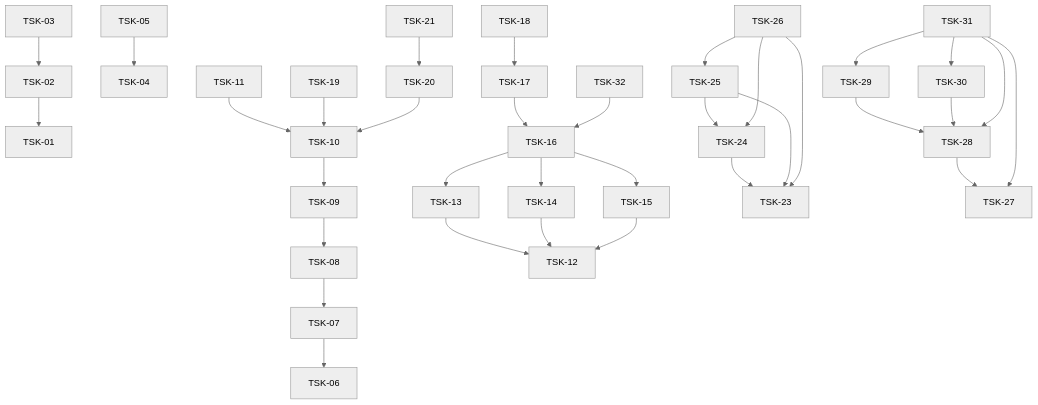
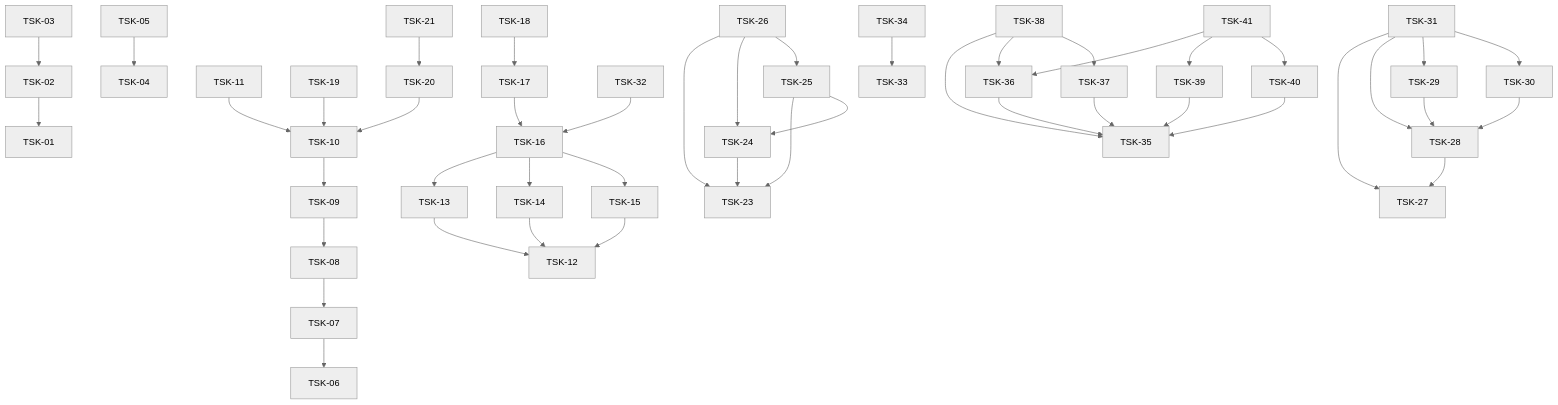
One commit to RubaXa/gennady changed the diagram in tasks/README.md. Above: the diagram before and after it, drawn with Mermaid (neutral theme). The commit also changed other lines of this file and 11 other files, not shown here.

````diff
--- a/tasks/README.md
+++ b/tasks/README.md
@@ -60,36 +60,47 @@
 ```mermaid
 graph TD
     TSK-02 --> TSK-01
     TSK-03 --> TSK-02
     TSK-05 --> TSK-04
     TSK-07 --> TSK-06
     TSK-08 --> TSK-07
     TSK-09 --> TSK-08
     TSK-10 --> TSK-09
     TSK-11 --> TSK-10
     TSK-19 --> TSK-10
     TSK-20 --> TSK-10
     TSK-21 --> TSK-20
     TSK-13 --> TSK-12
     TSK-14 --> TSK-12
     TSK-15 --> TSK-12
     TSK-16 --> TSK-13
     TSK-16 --> TSK-14
     TSK-16 --> TSK-15
     TSK-17 --> TSK-16
     TSK-18 --> TSK-17
     TSK-32 --> TSK-16
     TSK-24 --> TSK-23
     TSK-25 --> TSK-23
     TSK-25 --> TSK-24
     TSK-26 --> TSK-23
     TSK-26 --> TSK-24
     TSK-26 --> TSK-25
     TSK-28 --> TSK-27
     TSK-29 --> TSK-28
     TSK-30 --> TSK-28
     TSK-31 --> TSK-27
     TSK-31 --> TSK-28
     TSK-31 --> TSK-29
     TSK-31 --> TSK-30
+    TSK-34 --> TSK-33
+    TSK-36 --> TSK-35
+    TSK-37 --> TSK-35
+    TSK-38 --> TSK-35
+    TSK-38 --> TSK-36
+    TSK-38 --> TSK-37
+    TSK-39 --> TSK-35
+    TSK-40 --> TSK-35
+    TSK-41 --> TSK-36
+    TSK-41 --> TSK-39
+    TSK-41 --> TSK-40
 ```
````
